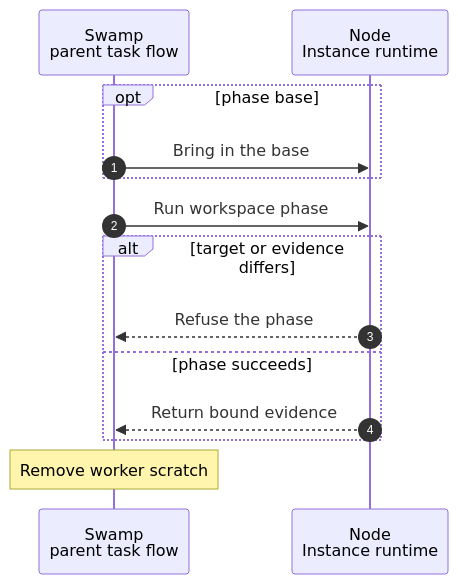
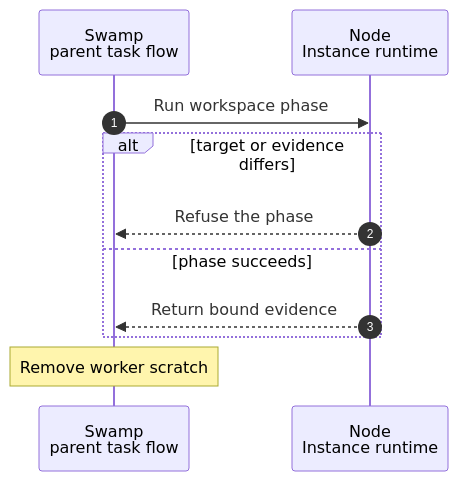
One commit to hardimpactdev/orbit changed the diagram in docs/cli/task/instance-workspace.mmd. Above: the diagram before and after it, drawn with Mermaid. The commit also changed 21 other files, not shown here.

```diff
--- a/docs/cli/task/instance-workspace.mmd
+++ b/docs/cli/task/instance-workspace.mmd
@@ -1,38 +1,29 @@
 sequenceDiagram
   %% Target design: docs/reference/task-instance-workspace.md. Internal child phases only; no public container task admission.
   %% status: draft
   %% command: internal task Instance workspace phase
   %% kind: tasks.instance_workspace
   autonumber
   %% lane SW icon=workflow pill=executes tone=green
   %% lane N icon=server pill=target tone=amber
   participant SW as Swamp<br/>parent task flow
   participant N as Node<br/>Instance runtime
-  opt phase base
-    SW->>N: Bring in the base
-    %%> Why:
-    %%> - the one step with the read credential, a whole vault value in its environment; every other phase runs without it
-    %%> On the Node:
-    %%> - Ansible writes the credential to a 0600 file for one fetch into the copy's mirror and removes it in `always`
-  end
   SW->>N: Run workspace phase
-  %%> When:
-  %%> - every phase but base
   %%> Inputs:
   %%> - recorded Incus project and name, expected branch and head, snapshot identity and phase
   %%> - preflight returns the checkout identity; later calls must match it
   %%> Phases:
   %%> - preflight, before, after, receipt, export or discard
   %%> - check, commit or commit-ref, only from the task check child; they need no expected head
-  %%> - base and base-cleanup, only from `task:sync`: base fetches the default branch into the copy's Node mirror with a credential file in the copy's Node scratch that never enters the container, and imports only what the copy lacks into `refs/remotes/origin/<default>`; base-cleanup removes the credential file and the bundles after success, failure or cancel
+  %%> - the same playbook also runs the base and base-cleanup phases of `task:sync`, through their own child `task-copy-base` (docs/cli/task/sync.mmd); this child takes no secret and no base input
   %%> - Ansible runs workspace commands as agent in /srv/workspace; Incus stdin is closed
   alt target or evidence differs
     N-->>SW: Refuse the phase
     %%> A missing project, replaced checkout, different candidate or stale receipt refuses. Retain evidence for diagnosis.
   else phase succeeds
     N-->>SW: Return bound evidence
     %%> Snapshot trees use a temporary index. Export leaves a verified bundle in Node-owned scratch for its caller.
     %%> A check returns exit codes and Git evidence; its command output reaches only the private worker folder.
   end
   Note over SW: Remove worker scratch
   %%> Native cleanup follows success or failure. The parent discards guest snapshots only after all work that uses them has stopped, and removes the exported Node scratch after use.
```
